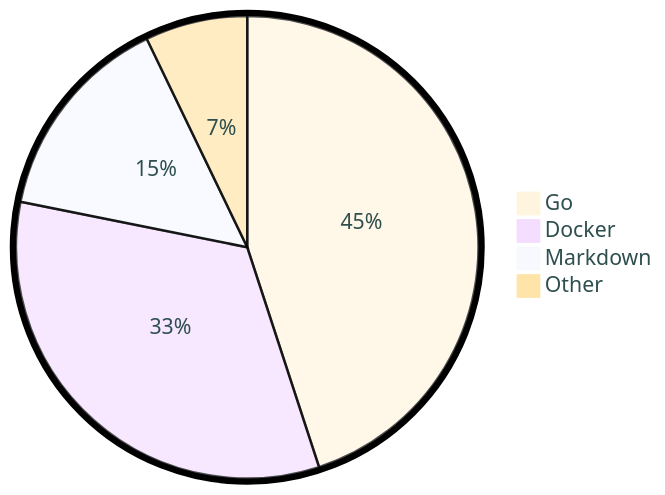
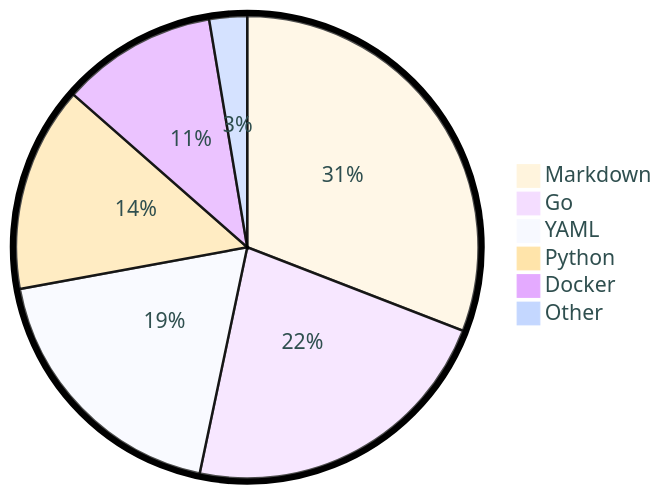
One commit to tot0p/tot0p changed the diagram in README.md. Above: the diagram before and after it, drawn with Mermaid. The commit also changed other lines of this file, not shown here.

````diff
--- a/README.md
+++ b/README.md
@@ -71,8 +75,10 @@
 ```mermaid
 %%{init: {"pie": {"textPosition": 0.5}, "themeVariables": {"pieOuterStrokeWidth": "5px","primaryTextColor" : "#2F4F4F"},"theme":"base"} }%%
 pie
-	"Go": 44.98
-	"Docker": 33.18
-	"Markdown": 14.7
-	"Other": 7.1499999999999995
+	"Markdown": 30.88
+	"Go": 22.42
+	"YAML": 18.81
+	"Python": 14.36
+	"Docker": 10.89
+	"Other": 2.6399999999999997
 ```
````
